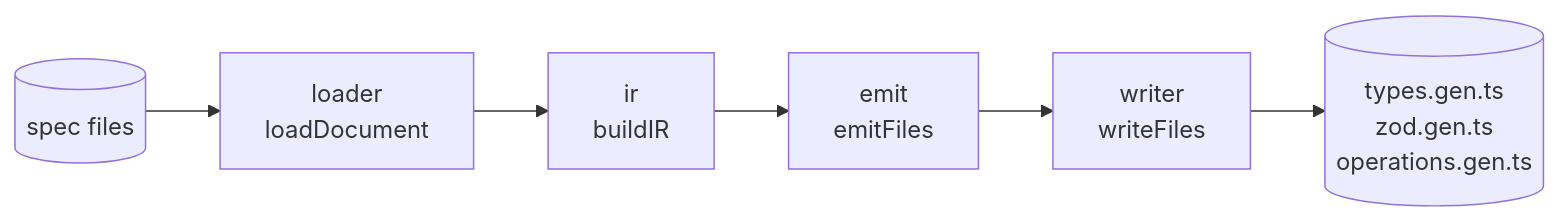
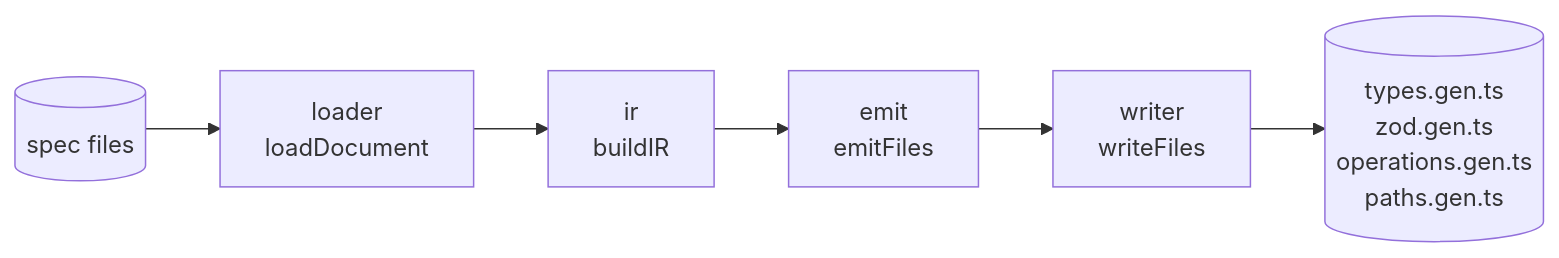
The diagram in packages/openapi-codegen/docs/architecture/overview.md (softistx/nxgt-core), drawn with Mermaid before and after one commit. The commit also changed 15 other files, not shown here.

First line of the commit message:
feat: Emit an openapi-typescript-compatible paths.gen.ts

````diff
--- a/packages/openapi-codegen/docs/architecture/overview.md
+++ b/packages/openapi-codegen/docs/architecture/overview.md
@@ -3,8 +3,8 @@
 ```mermaid
 flowchart LR
 	spec[(spec files)] --> load[loader<br/>loadDocument]
 	load --> ir[ir<br/>buildIR]
 	ir --> emit[emit<br/>emitFiles]
 	emit --> write[writer<br/>writeFiles]
-	write --> out[(types.gen.ts<br/>zod.gen.ts<br/>operations.gen.ts)]
+	write --> out[(types.gen.ts<br/>zod.gen.ts<br/>operations.gen.ts<br/>paths.gen.ts)]
 ```
````
